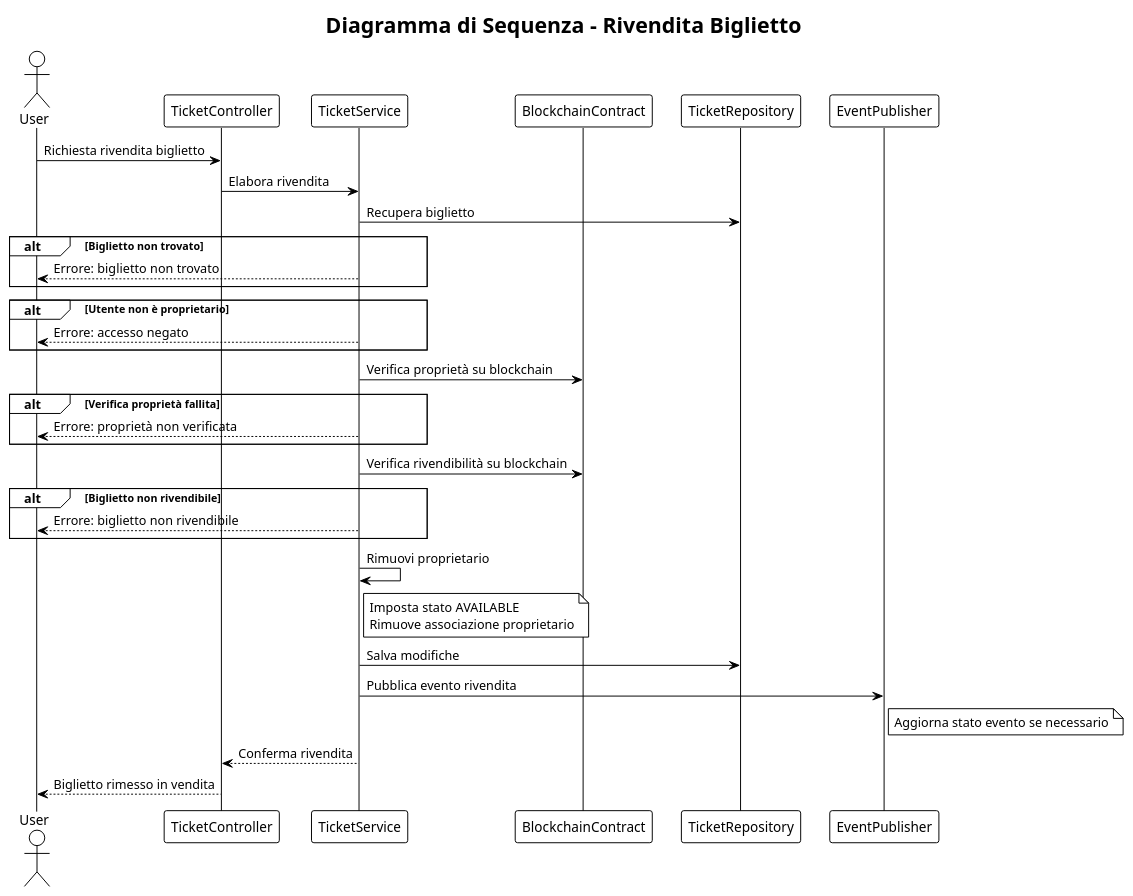
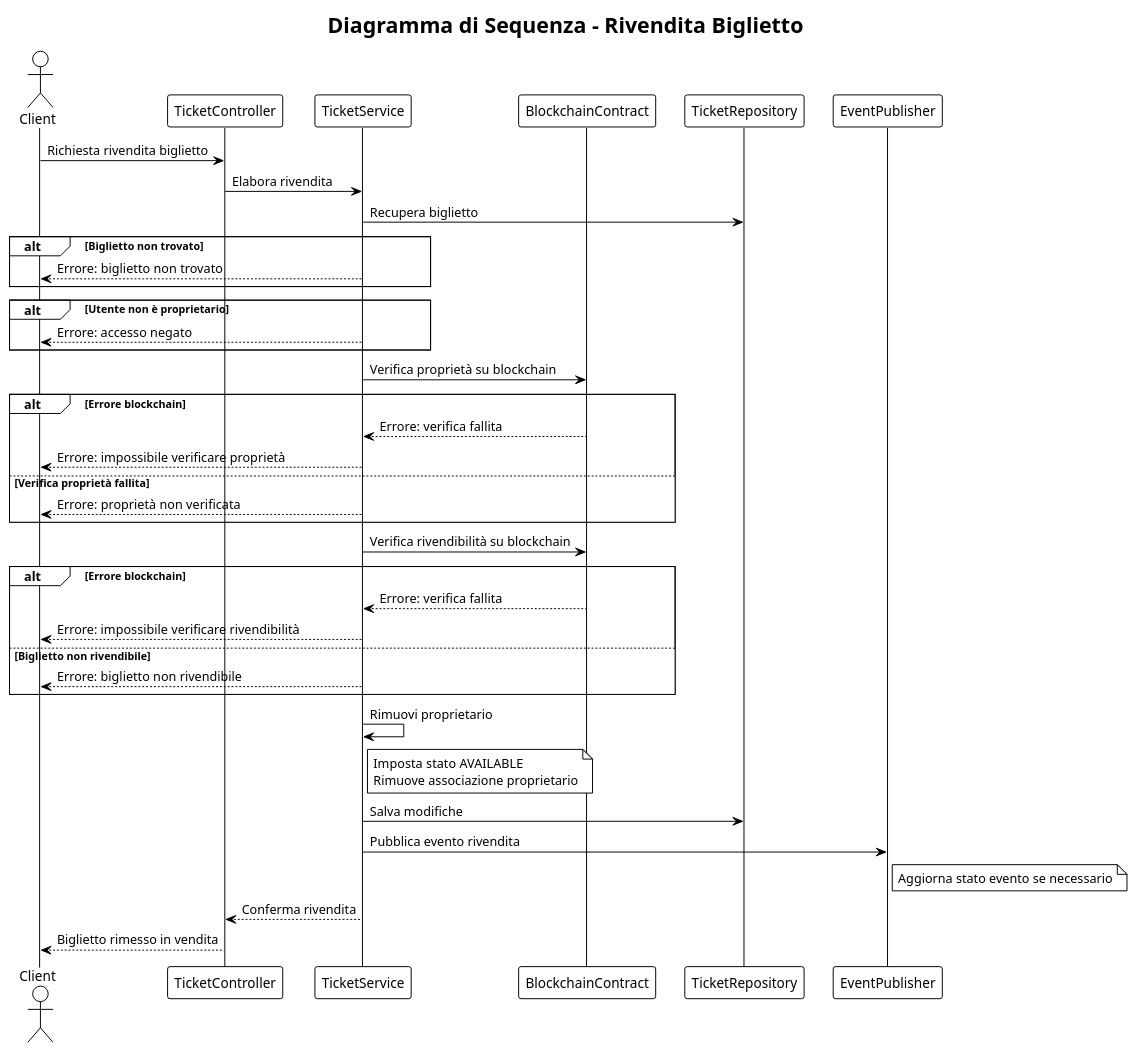
Before and after one commit to s-lusito/TicketBlock-Ing_Sw: the diagram in docs/plantuml/sequence-ticket-resale.puml, drawn with PlantUML. The commit also changed 14 other files, not shown here.

Commit message:
Update diagrams: Client actor, blockchain errors, and add frontend class diagram

```diff
--- a/docs/plantuml/sequence-ticket-resale.puml
+++ b/docs/plantuml/sequence-ticket-resale.puml
@@ -1,47 +1,53 @@
 @startuml Rivendita Biglietto
 !theme plain
 title Diagramma di Sequenza - Rivendita Biglietto
 
-actor User
+actor Client
 participant TicketController
 participant TicketService
 participant BlockchainContract
 participant TicketRepository
 participant EventPublisher
 
-User -> TicketController: Richiesta rivendita biglietto
+Client -> TicketController: Richiesta rivendita biglietto
 TicketController -> TicketService: Elabora rivendita
 
 TicketService -> TicketRepository: Recupera biglietto
 
 alt Biglietto non trovato
-    TicketService --> User: Errore: biglietto non trovato
+    TicketService --> Client: Errore: biglietto non trovato
 end
 
 alt Utente non è proprietario
-    TicketService --> User: Errore: accesso negato
+    TicketService --> Client: Errore: accesso negato
 end
 
 TicketService -> BlockchainContract: Verifica proprietà su blockchain
 
-alt Verifica proprietà fallita
-    TicketService --> User: Errore: proprietà non verificata
+alt Errore blockchain
+    BlockchainContract --> TicketService: Errore: verifica fallita
+    TicketService --> Client: Errore: impossibile verificare proprietà
+else Verifica proprietà fallita
+    TicketService --> Client: Errore: proprietà non verificata
 end
 
 TicketService -> BlockchainContract: Verifica rivendibilità su blockchain
 
-alt Biglietto non rivendibile
-    TicketService --> User: Errore: biglietto non rivendibile
+alt Errore blockchain
+    BlockchainContract --> TicketService: Errore: verifica fallita
+    TicketService --> Client: Errore: impossibile verificare rivendibilità
+else Biglietto non rivendibile
+    TicketService --> Client: Errore: biglietto non rivendibile
 end
 
 TicketService -> TicketService: Rimuovi proprietario
 note right of TicketService: Imposta stato AVAILABLE\nRimuove associazione proprietario
 
 TicketService -> TicketRepository: Salva modifiche
 TicketService -> EventPublisher: Pubblica evento rivendita
 note right of EventPublisher: Aggiorna stato evento se necessario
 
 TicketService --> TicketController: Conferma rivendita
-TicketController --> User: Biglietto rimesso in vendita
+TicketController --> Client: Biglietto rimesso in vendita
 
 @enduml
```
